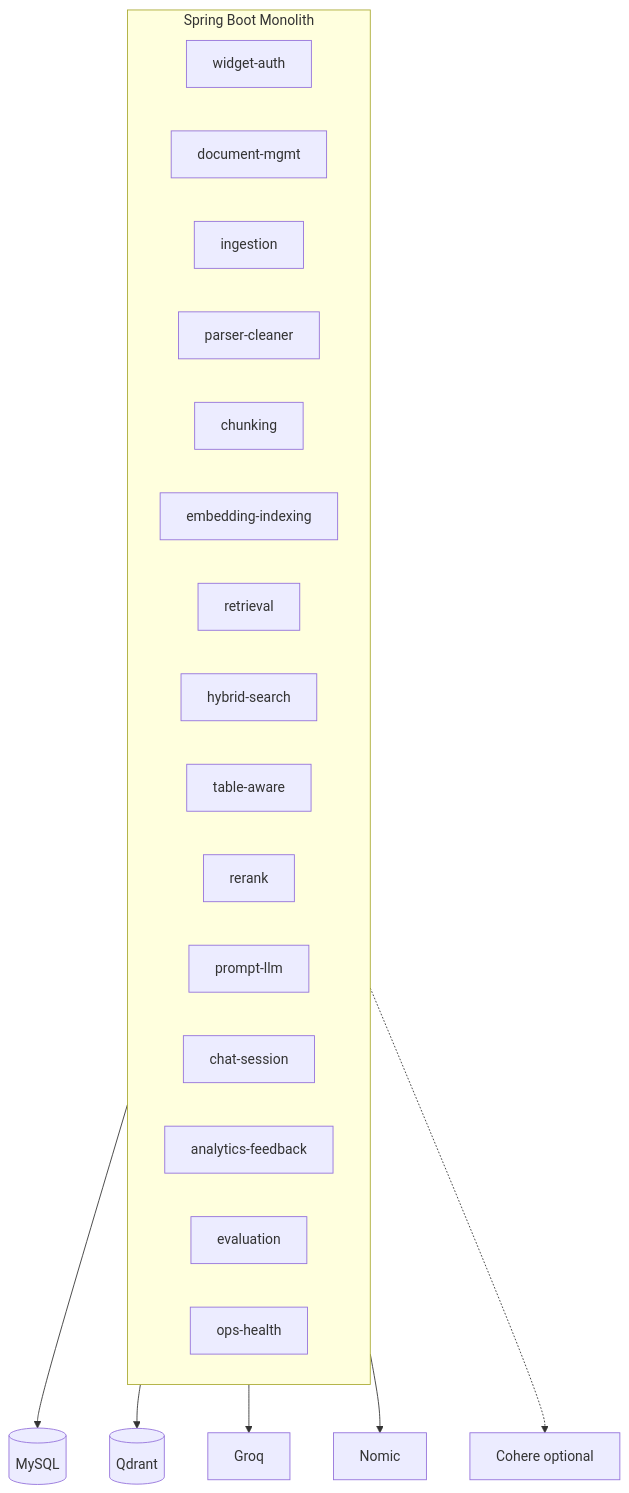
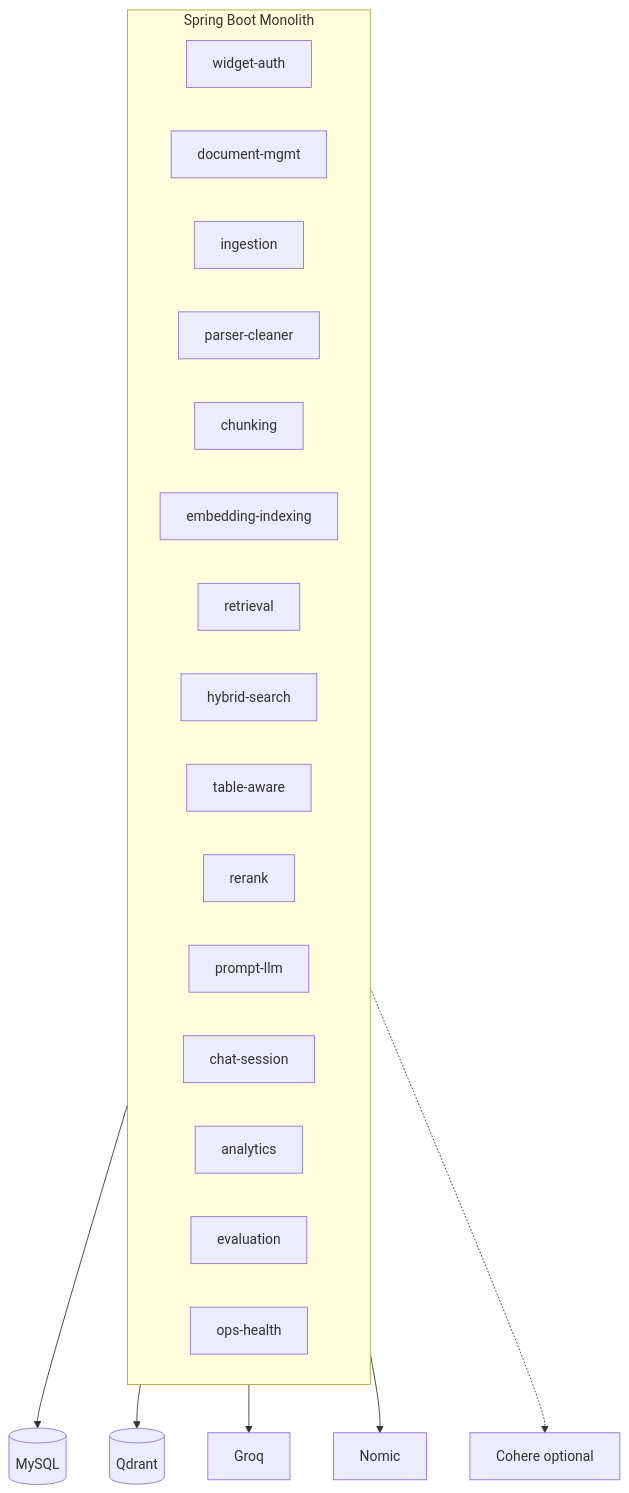
The third of 3 diagrams in docs/RAG_TARGET_ARCHITECTURE.md (DucDuy04/CHATBOT_RAG), drawn with Mermaid before and after one commit. The commit also changed other lines of this file and 54 other files, not shown here.

````diff
--- a/docs/RAG_TARGET_ARCHITECTURE.md
+++ b/docs/RAG_TARGET_ARCHITECTURE.md
@@ -192,25 +190,25 @@
 ```mermaid
 flowchart TB
   subgraph monolith[Spring Boot Monolith]
     W[widget-auth]
     D[document-mgmt]
     I[ingestion]
     P[parser-cleaner]
     C[chunking]
     E[embedding-indexing]
     R[retrieval]
     H[hybrid-search]
     T[table-aware]
     RR[rerank]
     PR[prompt-llm]
     CH[chat-session]
-    AN[analytics-feedback]
+    AN[analytics]
     EV[evaluation]
     OP[ops-health]
   end
   monolith --> MySQL[(MySQL)]
   monolith --> Qdrant[(Qdrant)]
   monolith --> Groq[Groq]
   monolith --> Nomic[Nomic]
   monolith -.-> Cohere[Cohere optional]
 ```
````
